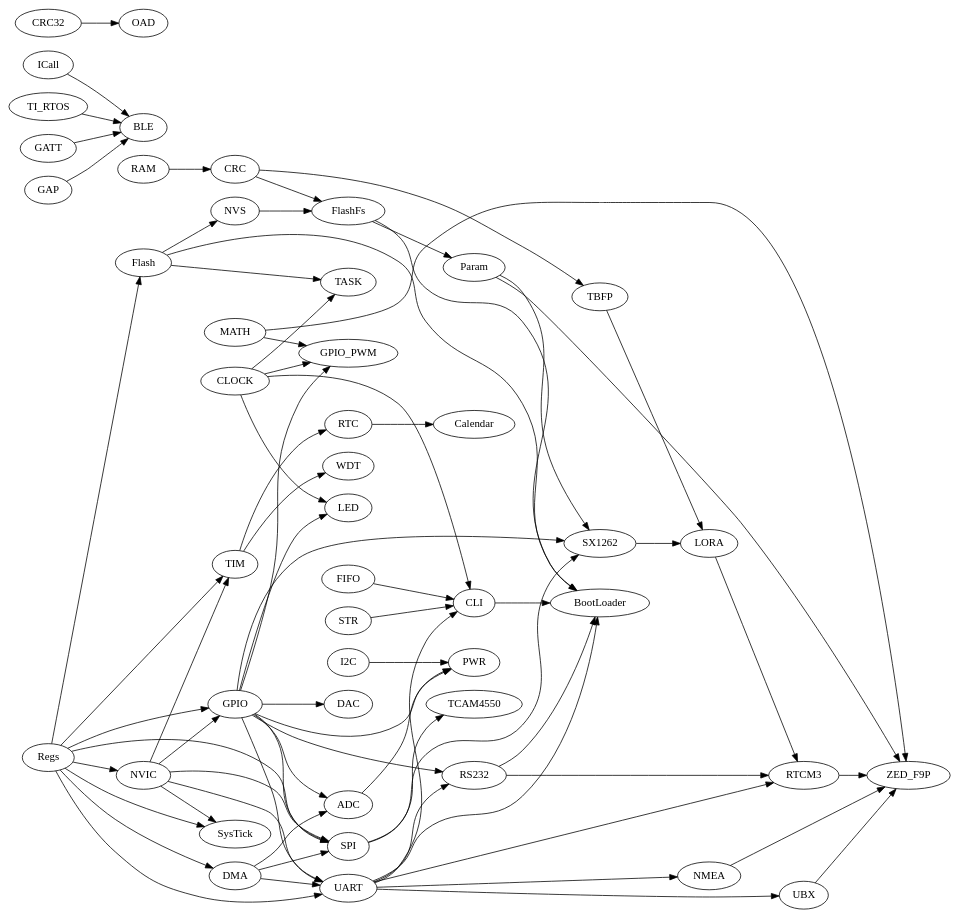
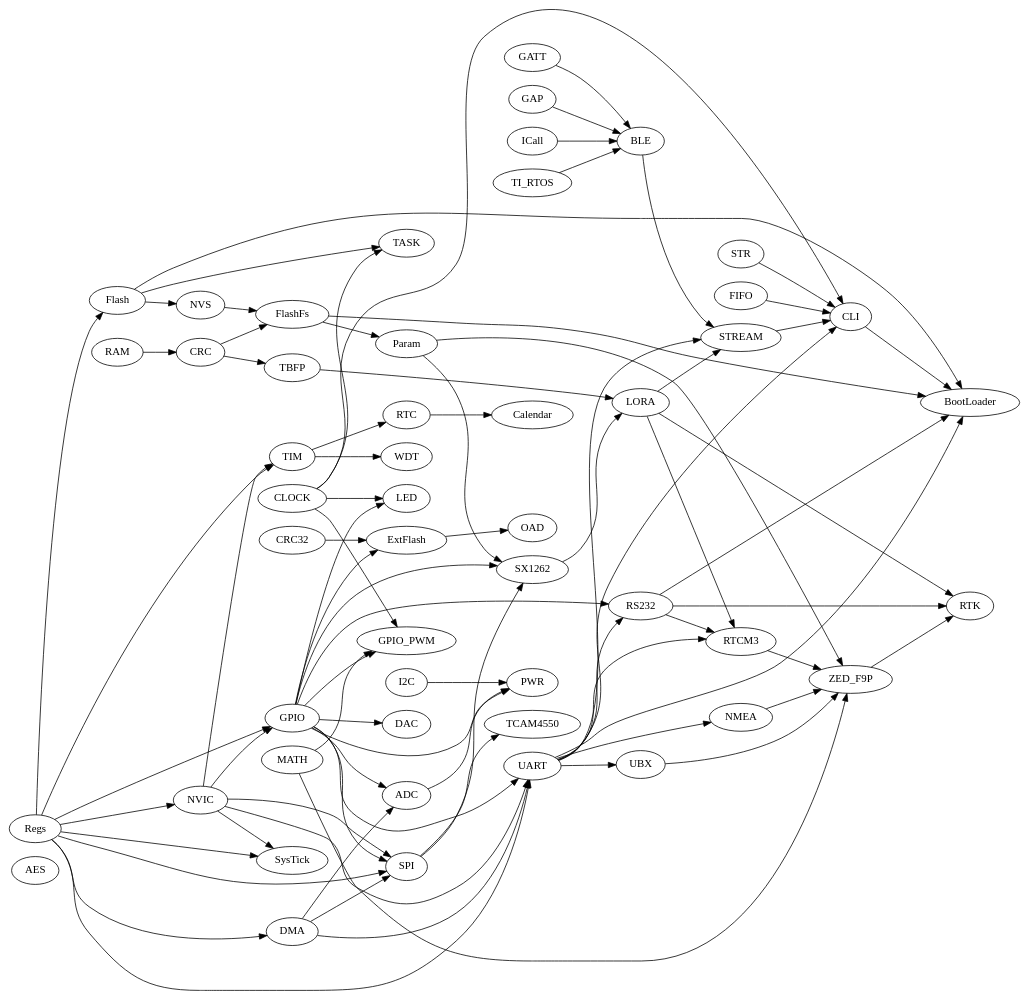
Before and after one commit to aabzel/ti_mcu_code_base: the diagram in docs/dependencies.dot, drawn with Graphviz. The commit also changed 204 other files, not shown here.

Commit message:
+ BLE+RTOS+CLI build

```diff
--- a/docs/dependencies.dot
+++ b/docs/dependencies.dot
@@ -1,74 +1,84 @@
 digraph graphname {
     rankdir=LR;
+	AES;
     CLOCK->CLI;
+	UART->STREAM;
+	LORA->STREAM;
+	BLE->STREAM;
+	RS232->RTK;
+	LORA->RTK;
+	ZED_F9P->RTK;
+	STREAM->CLI
     CLOCK->GPIO_PWM
     CLOCK->LED;
     CLOCK->TASK;
     Flash->TASK;
 	ICall->BLE;
 	TI_RTOS->BLE;
-	CRC32->OAD;
+	GPIO->ExtFlash;
+	CRC32->ExtFlash;
+	ExtFlash->OAD;
     CRC->FlashFs;
     CRC -> TBFP;
     DMA->SPI;
 	GATT->BLE;
 	GAP->BLE;
     DMA->UART;
     DMA->ADC;
     FIFO->CLI;
     Flash->NVS;
     FlashFs->Param;
     GPIO->SPI;
     GPIO->UART;
     GPIO->ADC;
     GPIO->DAC;
     GPIO->GPIO_PWM;
     GPIO->LED;
     GPIO->PWR;
 	ADC->PWR;
     GPIO->RS232;
     GPIO->SX1262;
     I2C->PWR;
     LORA->RTCM3;
     MATH->GPIO_PWM;
     MATH->ZED_F9P;
     NMEA->ZED_F9P;
     NVIC->SPI;
     NVIC->UART;
     NVIC->SysTick;
     NVIC->TIM;
     NVIC->GPIO;
     NVS->FlashFs;
     Param->SX1262;
     Param->ZED_F9P;
     RAM->CRC;
     RS232->RTCM3;
     RTC->Calendar;
     RTCM3->ZED_F9P;
     Regs->SPI;
     Regs->UART;
     Regs->DMA;
     Regs->Flash;
     Regs->GPIO;
     Regs->NVIC;
     Regs->SysTick;
     Regs->TIM;
     SPI->SX1262;
     SPI->TCAM4550;
     STR->CLI;
     SX1262->LORA;
     TBFP->LORA;
     TIM->RTC;
     TIM->WDT;
     Flash->BootLoader;
     UART->BootLoader;
     FlashFs->BootLoader;
     CLI->BootLoader;
     RS232->BootLoader;
     UART->CLI;
     UART->NMEA;
     UART->RS232;
     UART->RTCM3;
     UART->UBX;
     UBX->ZED_F9P;
 }
```
